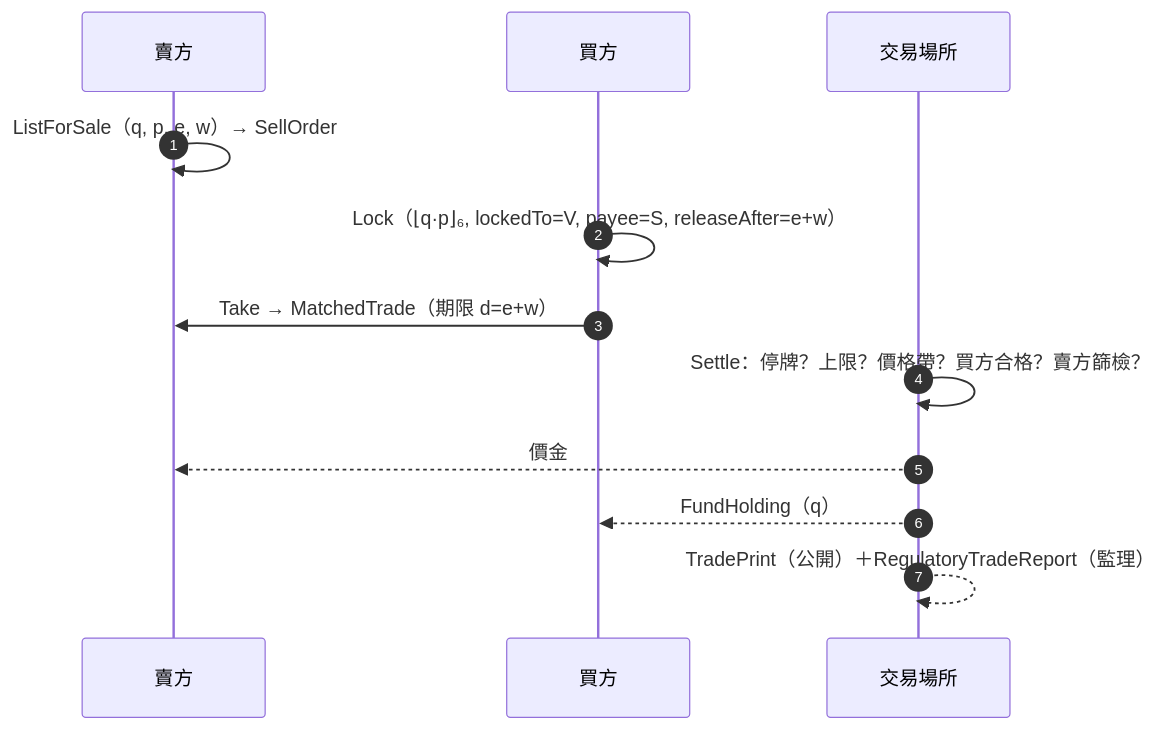
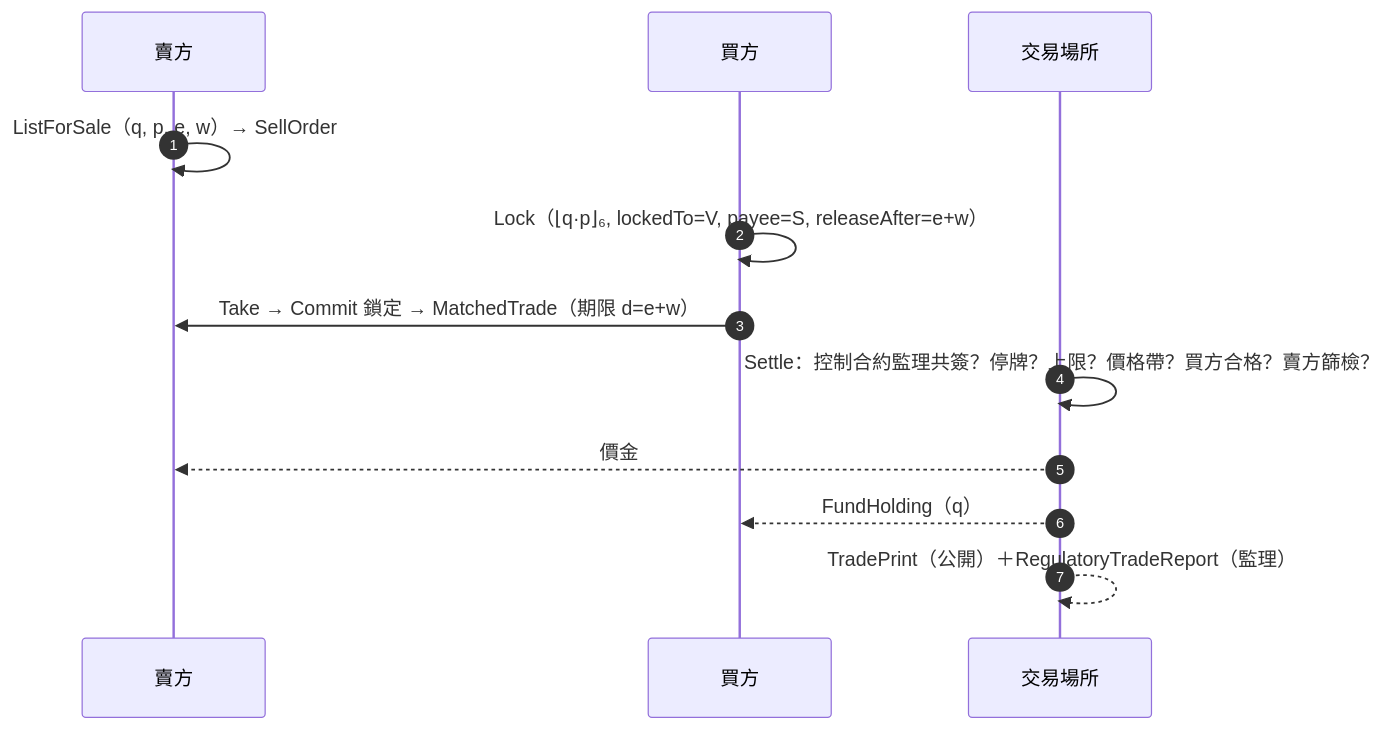
One commit to zuemen/ZuecanRWAton changed the third of 3 diagrams in docs/SPECIFICATION.md. Above: the diagram before and after it, drawn with Mermaid. The commit also changed other lines of this file and 4 other files, not shown here.

````diff
--- a/docs/SPECIFICATION.md
+++ b/docs/SPECIFICATION.md
@@ -283,14 +309,14 @@
 ```mermaid
 sequenceDiagram
   autonumber
   participant S as 賣方
   participant B as 買方
   participant V as 交易場所
   S->>S: ListForSale（q, p, e, w）→ SellOrder
   B->>B: Lock（⌊q·p⌋₆, lockedTo=V, payee=S, releaseAfter=e+w）
-  B->>S: Take → MatchedTrade（期限 d=e+w）
-  V->>V: Settle：停牌？上限？價格帶？買方合格？賣方篩檢？
+  B->>S: Take → Commit 鎖定 → MatchedTrade（期限 d=e+w）
+  V->>V: Settle：控制合約監理共簽？停牌？上限？價格帶？買方合格？賣方篩檢？
   V-->>S: 價金
   V-->>B: FundHolding（q）
   V-->>V: TradePrint（公開）＋RegulatoryTradeReport（監理）
 ```
````
